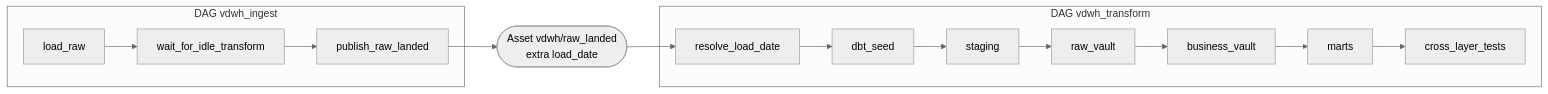
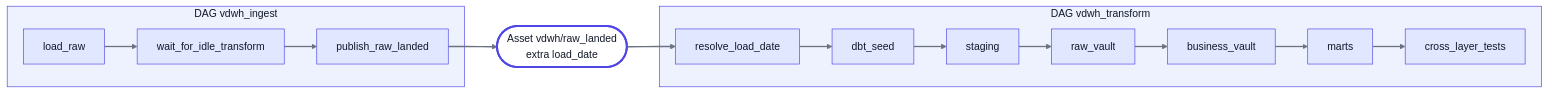
The sixth of 6 diagrams in README.md (aglivin/vault-lakehouse-migration), drawn with Mermaid (neutral theme) before and after one commit. The commit also changed other lines of this file and 2 other files, not shown here.

Commit message:
docs: readme with coloured architecture diagrams

````diff
--- a/README.md
+++ b/README.md
@@ -251,11 +228,18 @@
 ```mermaid
 flowchart LR
     subgraph ING["DAG vdwh_ingest"]
         LRAW["load_raw"] --> WAIT["wait_for_idle_transform"] --> PUB["publish_raw_landed"]
     end
     PUB --> AST(["Asset vdwh/raw_landed<br/>extra load_date"])
     AST --> RLD
     subgraph TRF["DAG vdwh_transform"]
         RLD["resolve_load_date"] --> SEED["dbt_seed"] --> ST["staging"] --> RV["raw_vault"] --> BV["business_vault"] --> MA["marts"] --> XT["cross_layer_tests"]
     end
+    classDef af fill:#e0e7ff,stroke:#4f46e5,color:#111827
+    classDef asset fill:#ffffff,stroke:#4f46e5,stroke-width:3px,color:#111827
+    class LRAW,WAIT,PUB,RLD,SEED,ST,RV,BV,MA,XT af
+    class AST asset
+    style ING fill:#eef2ff,stroke:#4f46e5,color:#111827
+    style TRF fill:#eef2ff,stroke:#4f46e5,color:#111827
+    linkStyle default stroke:#6b7280,stroke-width:2px
 ```
````
